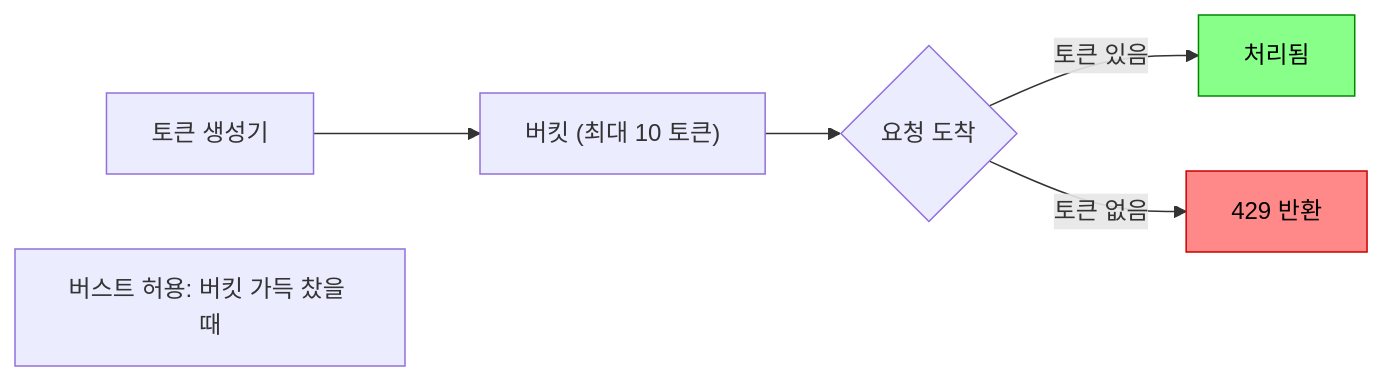
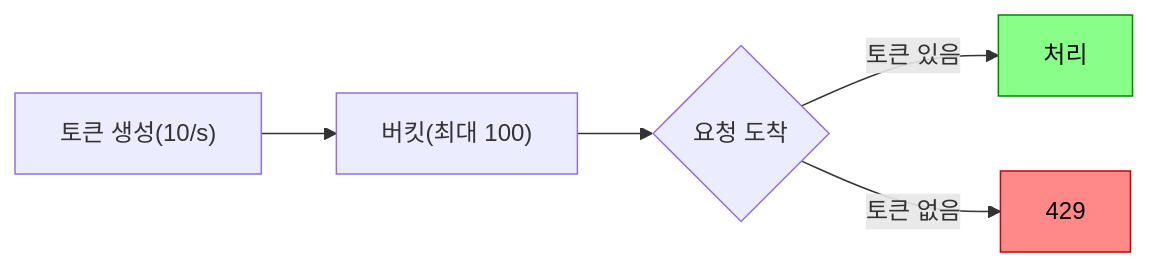
Before and after one commit to yjkim2015/yjkim2015.github.io: the fifth of 10 diagrams in _posts/spring/2026-05-01-rate-limiting.md, drawn with Mermaid. The commit also changed other lines of this file and 4 other files, not shown here.

````diff
--- a/_posts/spring/2026-05-01-rate-limiting.md
+++ b/_posts/spring/2026-05-01-rate-limiting.md
@@ -173,11 +275,9 @@
 ```mermaid
 graph LR
-    GEN["토큰 생성기"]
-    GEN --> BKT["버킷 (최대 10 토큰)"]
+    GEN["토큰 생성(10/s)"] --> BKT["버킷(최대 100)"]
     BKT --> REQ{"요청 도착"}
-    REQ -->|"토큰 있음"| OK["처리됨"]
-    REQ -->|"토큰 없음"| DENY["429 반환"]
-    NOTE["버스트 허용: 버킷 가득 찼을 때"]
+    REQ -->|"토큰 있음"| OK["처리"]
+    REQ -->|"토큰 없음"| DENY["429"]
     style OK fill:#8f8,stroke:#080,color:#000
     style DENY fill:#f88,stroke:#c00,color:#000
 ```
````
